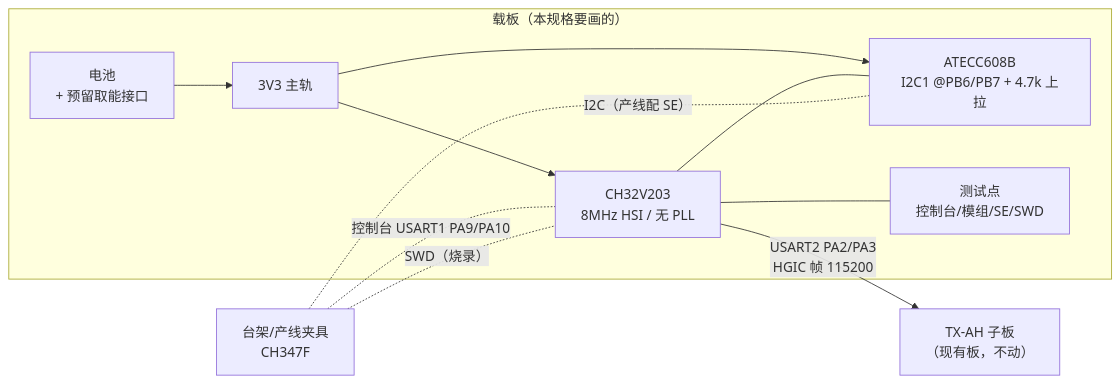
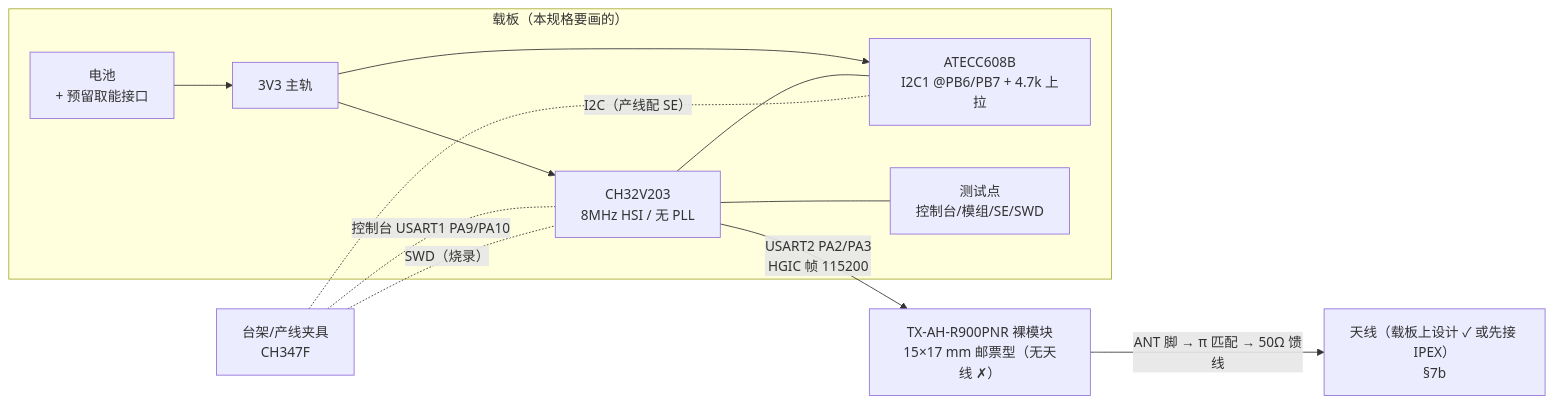
The first of 3 diagrams in docs/carrier-board-spec.md (Orpah/orpah-client-demo), drawn with Mermaid before and after one commit. The commit also changed other lines of this file, not shown here.

First line of the commit message:
docs(d 步): 载板规格 v0.3 —— 模组改裸模块（15×17 邮票型/无天线⇒自制天线）、8 颗电源芯片换成有出处、超容 0.5F+400909、核电池作候选 D

````diff
--- a/docs/carrier-board-spec.md
+++ b/docs/carrier-board-spec.md
@@ -26,21 +33,23 @@
 ```mermaid
 graph LR
   subgraph 载板["载板（本规格要画的）"]
     BAT["电池<br/>+ 预留取能接口"]
     RAIL["3V3 主轨"]
     MCU["CH32V203<br/>8MHz HSI / 无 PLL"]
     SE["ATECC608B<br/>I2C1 @PB6/PB7 + 4.7k 上拉"]
     TP["测试点<br/>控制台/模组/SE/SWD"]
     BAT --> RAIL
     RAIL --> MCU
     RAIL --> SE
     MCU --- SE
     MCU --- TP
   end
-  MOD["TX-AH 子板<br/>（现有板，不动）"]
+  MOD["TX-AH-R900PNR 裸模块<br/>15×17 mm 邮票型（无天线 ✗）"]
+  ANT["天线（载板上设计 ✓ 或先接 IPEX）<br/>§7b"]
   PC["台架/产线夹具<br/>CH347F"]
   MCU -- "USART2 PA2/PA3<br/>HGIC 帧 115200" --> MOD
+  MOD -- "ANT 脚 → π 匹配 → 50Ω 馈线" --> ANT
   PC -. "控制台 USART1 PA9/PA10" .- MCU
   PC -. "I2C（产线配 SE）" .- SE
   PC -. "SWD（烧录）" .- MCU
 ```
````
